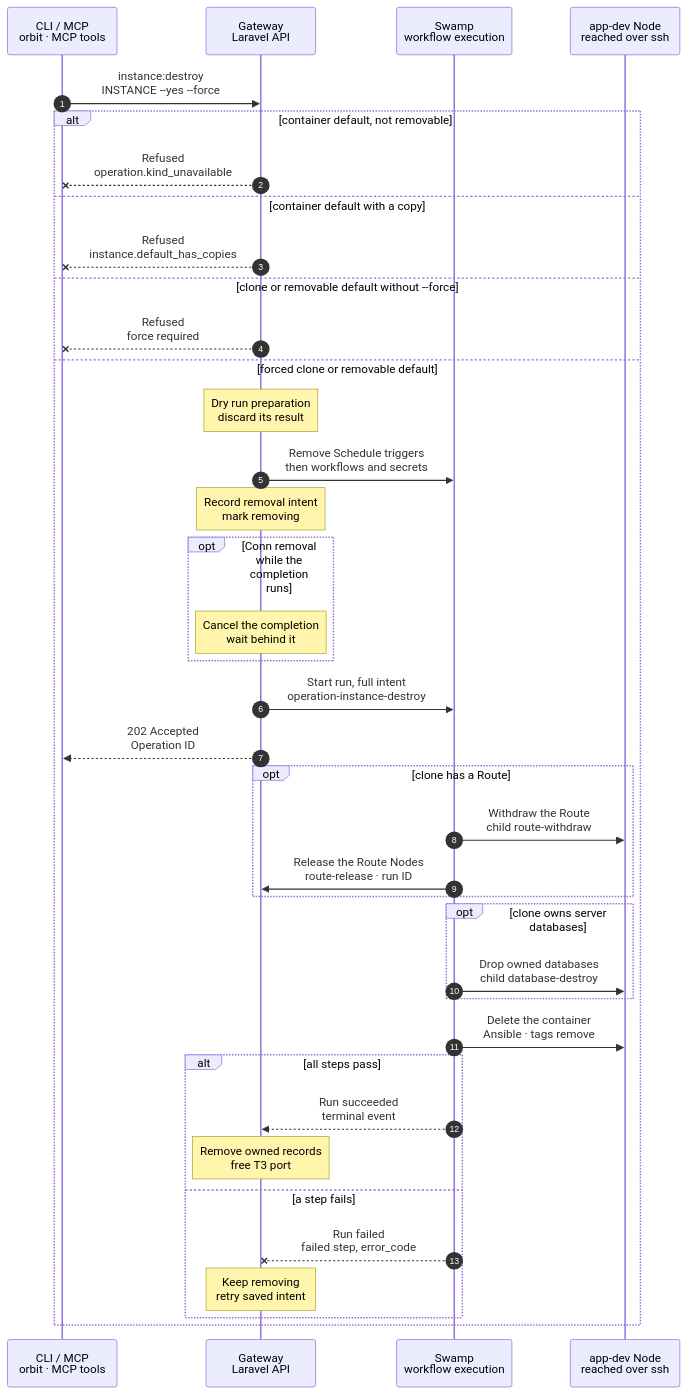
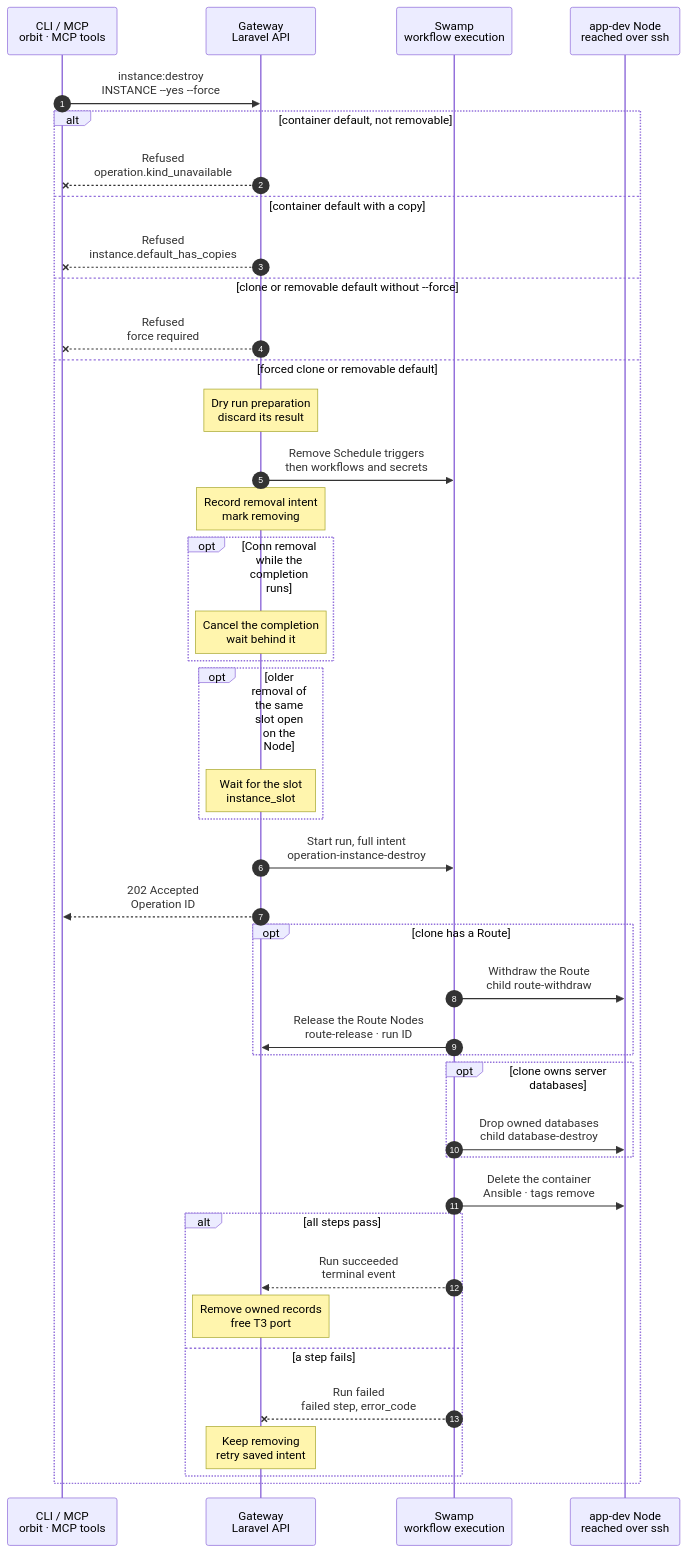
Before and after one commit to hardimpactdev/orbit: the diagram in docs/cli/instance/container/destroy.mmd, drawn with Mermaid. The commit also changed 6 other files, not shown here.

First line of the commit message:
docs(instances): removal steps take an Instance slot; the Gateway keeps one removal per slot and Node

```diff
--- a/docs/cli/instance/container/destroy.mmd
+++ b/docs/cli/instance/container/destroy.mmd
@@ -1,125 +1,133 @@
 sequenceDiagram
   %% Container cleanup: a clone, a migrated Instance, or a nested-fleet trial default. Conn admission precedes this forced engine; CLI admission keeps its existing rules.
   %% status: draft
   %% command: instance:destroy
   %% kind: instance.destroy
   autonumber
   %% lane CLI icon=terminal pill=caller tone=gray
   %% lane GW icon=gateway pill=intent tone=blue
   %% lane SW icon=workflow pill=executes tone=green
   %% lane N icon=server pill=target tone=amber
   participant CLI as CLI / MCP<br/>orbit · MCP tools
   participant GW as Gateway<br/>Laravel API
   participant SW as Swamp<br/>workflow execution
   participant N as app-dev Node<br/>reached over ssh
   CLI->>GW: instance:destroy<br/>INSTANCE --yes --force
   %% path: main
   %%> Conn admission:
   %%> - POST /api/v1/conn/instances/ID/destroy requires an Idempotency-Key and acknowledge_unsaved as a JSON boolean
   %%> - the caller needs access to the Instance's Node; a missing Instance is 404
   %%> - a default answers 409 instance.default_protected; a host checkout answers 409 instance.not_container
   %%> - without acknowledgement, answer 409 instance.unsaved_work with unknown state and null counts; no container Git observations exist yet
   %%> - these refusals change no Schedule, Route, database, pairing, environment or Operation, and never probe the container
   %%> - acknowledged removal uses this same engine with force=true; all existing engine blockers keep their codes
   %%> - the same key and request returns the same Operation with 202, including after Instance deletion; a changed request is an idempotency conflict
   %%> - a running completion (`instance.complete`) of the clone does not refuse a Conn removal: see the completion block below
   %%> CLI requirements:
   %%> - Node access to the Instance's Node and no other lifecycle Operation holds the Instance
   %%> - a running completion refuses with `operation.target_busy` and names it in `details.operation_id`
   %%> - a running create is cancelled and the removal is admitted `waiting` behind it (`after_operation_id`), for every caller; it starts when the create has ended
   %%> - a non-default container Instance, cloned or migrated, and a removable default (below); every other default refuses
   %%> - `--force` is required until guarded removal is built; no work or turn check runs
   alt container default, not removable
     %% path: default-unavailable
     GW--xCLI: Refused<br/>operation.kind_unavailable
     %%> When:
     %%> - the default's Project is not on the operator list `ORBIT_INSTANCES_DEFAULT_DESTROY_PROJECTS`
     %%> - so a normal Project's default, and the first nested-fleet default, whose Project is never listed, always refuse
     %%> - a malformed list refuses with `instance.default_destroy_projects_invalid` (500)
     %%> - a retried failed removal of a default needs its Project still on the list
   else container default with a copy
     %% path: default-has-copies
     GW--xCLI: Refused<br/>instance.default_has_copies
     %%> - an Instance of the Project, in any state, has this default as its clone source; remove the copies first
   else clone or removable default without --force
     %% path: force-required
     GW--xCLI: Refused<br/>force required
     %%> Code:
     %%> - `instance.container_destroy_force_required`
   else forced clone or removable default
     %% path: admitted
     %%> A removable default: a default of a Project on the operator list, with no copy left, with or without an inner volume
     Note over GW: Dry run preparation<br/>discard its result
     %%> Result:
     %%> - capture the clone's container identity, Route, Processes and owned databases
     %%> - all callers try the same pure preparation that admission uses; discard its result before any Schedule effect
     %%> - the dry run checks publication Nodes, SSH pins, Caddy, PHP and DNS; it changes no state, records no intent, stages no copy and takes no Route hold
     %%> - keep its runtime row, address and T3 port reserved until terminal success
     %%> - Conn refuses new pairings while the Instance is removing
     GW->>SW: Remove Schedule triggers<br/>then workflows and secrets
     %%> Failure boundary:
     %%> - a validation refusal leaves Schedules untouched; a Schedule removal failure keeps the Instance and Route active and records no destroy Operation
     %%> Fresh admission:
     %%> - if a fact changes after the dry run, admission uses its current value and may refuse; Schedules may already be stopped
     %%> - build all publication, participant, database, member, runtime, Route and root facts fresh in the admission transaction; keep no lock across Schedule calls
     Note over GW: Record removal intent<br/>mark removing
     %%> Result:
     %%> - call the same preparation again inside the admission transaction; record only this fresh intent, then mark the Instance removing and the Route retiring
     opt Conn removal while the completion runs
       %% path: after-completion
       Note over GW: Cancel the completion<br/>wait behind it
       %%> What it does:
       %%> - the same transaction records the completion's cancel and admits the removal `waiting`, with `after_operation_id`
       %%> - after the commit Swamp is asked to stop the completion; the reconciler asks again on each pass
       %%> - the completion's own `withdraw-route` takes back a Route it published
       %%> When:
       %%> - the removal starts when the completion has ended, as a waiting Route write starts
     end
+    opt older removal of the same slot open on the Node
+      %% path: slot-wait
+      Note over GW: Wait for the slot<br/>instance_slot
+      %%> Why:
+      %%> - the container steps take one of 64 names per Node, `<family>-<node>-<instance id % 64>`; Swamp fails a step that waits 60 s for a name another run holds
+      %%> - the removal is admitted `waiting` with `hold_wait_reason: instance_slot` and claims no Node; it starts when the older removal of its slot has ended
+    end
     GW->>SW: Start run, full intent<br/>operation-instance-destroy
     GW-->>CLI: 202 Accepted<br/>Operation ID
     opt clone has a Route
       %% path: routed
       SW->>N: Withdraw the Route<br/>child route-withdraw
       %%> Which Nodes:
       %%> - each Node that serves the Route or holds a withdrawn certificate scope; the private DNS Node only when its captured DNS states differ, so an in-TLD clone makes no call to it
       %%> - the Node steps take one of 16 names per Node (`route-withdraw-apply-<node>-<route id % 16>`); a removal whose slot another removal holds on a Node waits in the Gateway until that one has withdrawn
       %%> Caddy publication:
       %%> - one Node-local transaction under the Node lock: read, merge the captured states, compare every other site, scope and record byte for byte, keep the previous generation, test, then commit and reload
       %%> - a change outside the Route refuses with `route.withdraw_foreign_change`, a failed test with its code, locks busy for 30 s with `caddy.publish_busy` or `dns.publish_busy`; every file stays as it was and the normal failure path runs
       SW->>GW: Release the Route Nodes<br/>route-release · run ID
       %%> When:
       %%> - only after the withdrawal held; the container delete writes only this clone's files, so the next Route write on the Node starts now
       %%> If it is refused:
       %%> - the run goes on; the end frees the Nodes, and the result says route_hold_released false
     end
     opt clone owns server databases
       %% path: server-database
       SW->>N: Drop owned databases<br/>child database-destroy
     end
     SW->>N: Delete the container<br/>Ansible · tags remove
     %%> What it does:
+    %%> - runs under `id-delete-the-container-<node>-<instance id % 64>`; removals of other slots delete side by side
     %%> - stops and deletes the clone, its Processes, T3 history, snapshots, storage volume and proxy device
     %%> - deleting T3 retires every session and unused pairing link; no T3 call or new vault key is needed
     %%> - removes its `instance-<id>` ACL from Incus project `default`, its owned UFW rules, its Node repository mirror and its private Node mail activation state
     %%> - an Instance whose runtime records an inner volume, a default or its copy: deletes the volume `inner-<id>` with its snapshots after the container; a copy's volume shares blocks with the default's seed until it goes
     %%> - checks that the container, its storage volume and any inner volume are absent; already absent resources are removed
     %%> - the default and sibling clones stay; a migrated Instance's retained Git directory is untouched and can be purged only by hand
     alt all steps pass
       %% path: succeeded
       SW-->>GW: Run succeeded<br/>terminal event
       Note over GW: Remove owned records<br/>free T3 port
       %%> Result:
       %%> - remove Instance execution copies and Conn's copies, environment and pairings, even while Conn is disabled
       %%> - delete the Route, Processes, owned database records, runtime row and Instance
       %%> - keep `retained_git_path` and `retained_git_at` in the destroy Operation result so retention stays findable after the Instance row goes
       %%> - deleting the runtime row frees the published T3 port and bridge address
     else a step fails
       %% path: removal-failed
       SW--xGW: Run failed<br/>failed step, error_code
       Note over GW: Keep removing<br/>retry saved intent
       %%> Retry:
       %%> - a fresh forced destroy reuses the removal identity and accepts resources already gone
       %%> - after withdrawal the Route stays down; records and the reserved port stay until success
       %%> - the removal records route_withdrawn_at, so the retry skips the withdrawal and holds no Node
     end
   end
```
